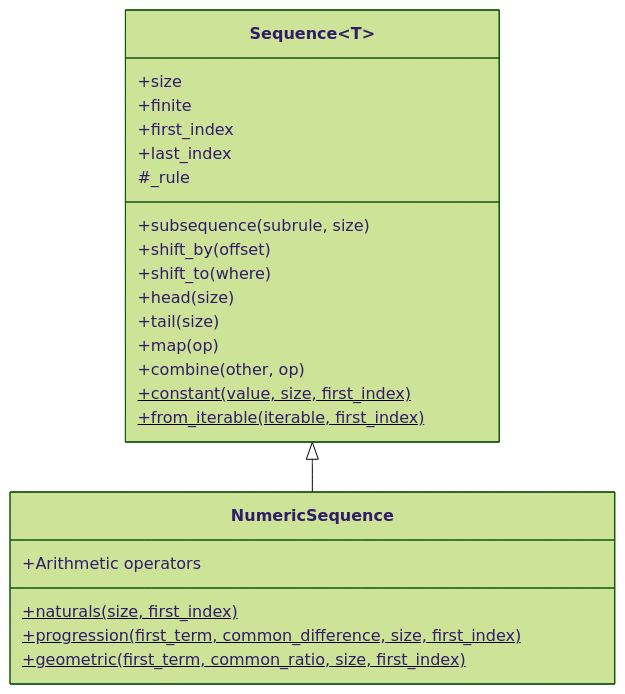
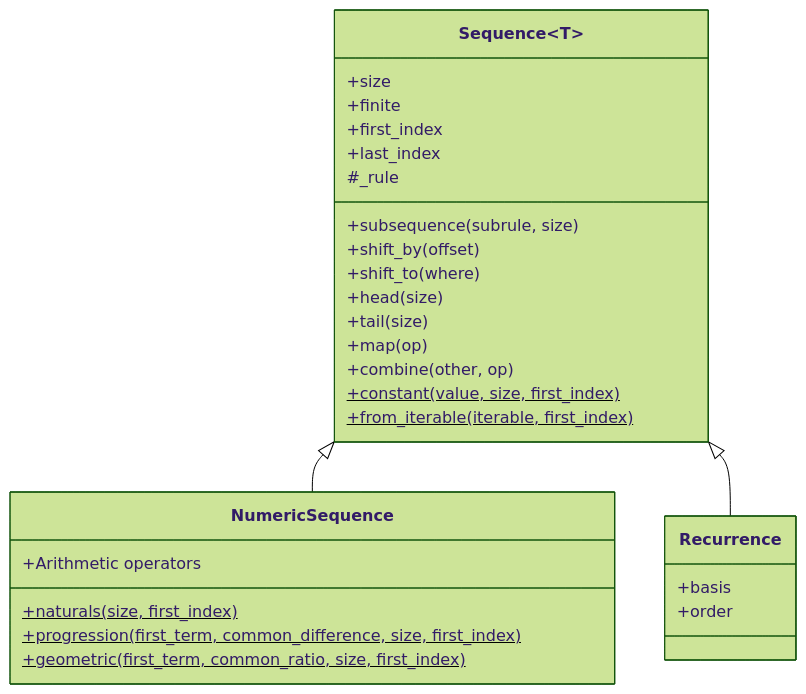
The diagram in ARCHITECTURE.md (avikpln/calculus), drawn with Mermaid (forest theme) before and after one commit. The commit also changed other lines of this file and 5 other files, not shown here.

First line of the commit message:
Add Recurrence sequence subclass

````diff
--- a/ARCHITECTURE.md
+++ b/ARCHITECTURE.md
@@ -8,28 +8,35 @@
 ```mermaid
 classDiagram
     class Sequence~T~ {
         +size
         +finite
         +first_index
         +last_index
         +subsequence(subrule, size)
         +shift_by(offset)
         +shift_to(where)
         +head(size)
         +tail(size)
         +map(op)
         +combine(other, op)
         +constant(value, size, first_index)$
         +from_iterable(iterable, first_index)$
         #_rule
     }
 
     class NumericSequence {
         +Arithmetic operators
         +naturals(size, first_index)$
         +progression(first_term, common_difference, size, first_index)$
         +geometric(first_term, common_ratio, size, first_index)$
     }
 
     Sequence <|-- NumericSequence
+
+    class Recurrence {
+        +basis
+        +order
+    }
+
+    Sequence <|-- Recurrence
 ```
````
